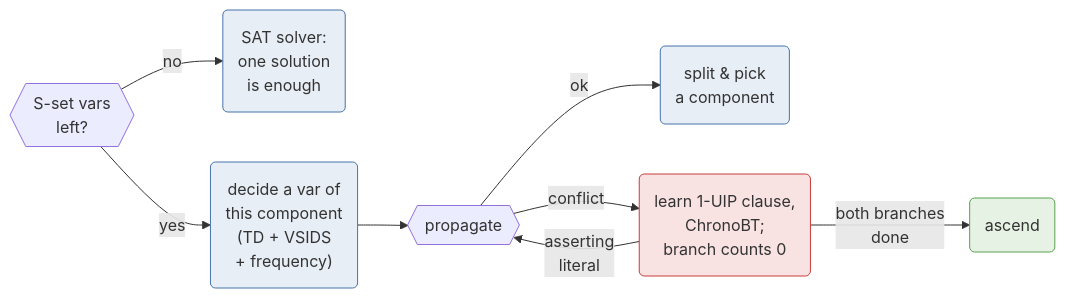
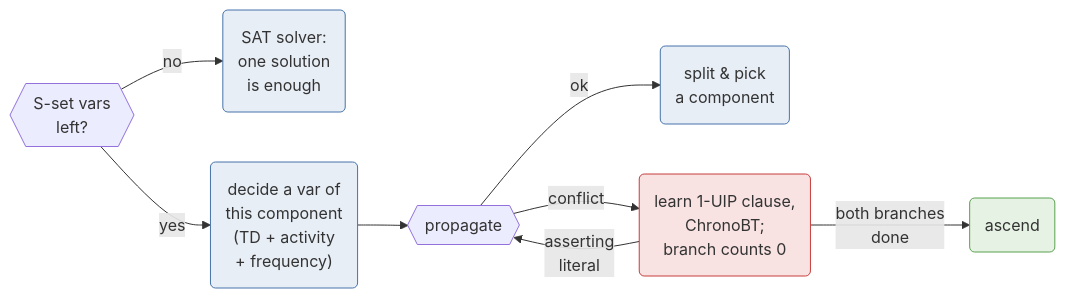
One commit to meelgroup/ganak-presentation changed the diagram in figs/mermaid/descend.mmd. Above: the diagram before and after it, drawn with Mermaid. The commit also changed 16 other files, not shown here.

```diff
--- a/figs/mermaid/descend.mmd
+++ b/figs/mermaid/descend.mmd
@@ -1,17 +1,17 @@
 flowchart LR
   Q{{"S-set vars<br/>left?"}}
   Q -->|no| SAT("SAT solver:<br/>one solution<br/>is enough")
-  Q -->|yes| DEC("decide a var of<br/>this component<br/>(TD + VSIDS<br/>+ frequency)")
+  Q -->|yes| DEC("decide a var of<br/>this component<br/>(TD + activity<br/>+ frequency)")
   DEC --> P{{propagate}}
   P -->|"ok"| OUT("split &amp; pick<br/>a component")
   P -->|"conflict"| UIP("learn 1-UIP clause,<br/>ChronoBT;<br/>branch counts 0")
   UIP -->|"asserting<br/>literal"| P
   UIP -->|"both branches<br/>done"| ASC(ascend)
 
   %% blue: search, red: conflict, green: counting
   classDef search fill:#e8eef6,stroke:#4673aa
   classDef confl fill:#f8e2e2,stroke:#c83c3c
   classDef count fill:#e6f2e3,stroke:#59a14f
   class DEC,SAT,OUT search
   class UIP confl
   class ASC count
```
